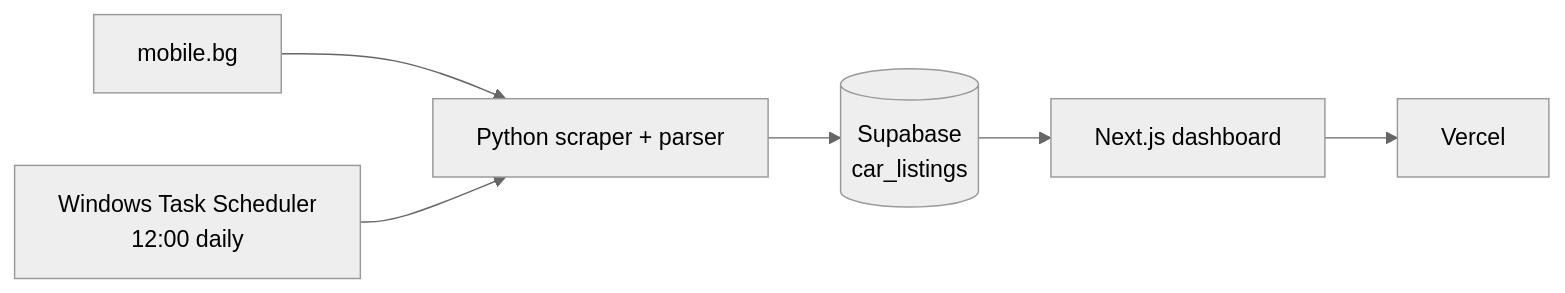
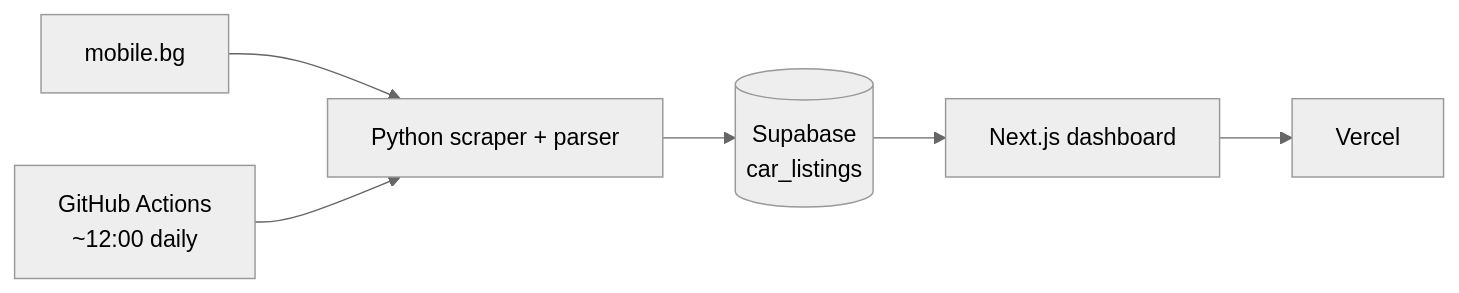
Before and after one commit to HristoDimitrov03/car_depreciation: the diagram in README.md, drawn with Mermaid (neutral theme). The commit also changed other lines of this file and 5 other files, not shown here.

First line of the commit message:
Add GitHub Actions daily sync and fix chart pan/HP filters.

````diff
--- a/README.md
+++ b/README.md
@@ -41,8 +41,8 @@
 ```mermaid
 flowchart LR
   A[mobile.bg] --> B[Python scraper + parser]
   B --> C[(Supabase\ncar_listings)]
   C --> D[Next.js dashboard]
   D --> E[Vercel]
-  F[Windows Task Scheduler\n12:00 daily] --> B
+  F[GitHub Actions\n~12:00 daily] --> B
 ```
````
